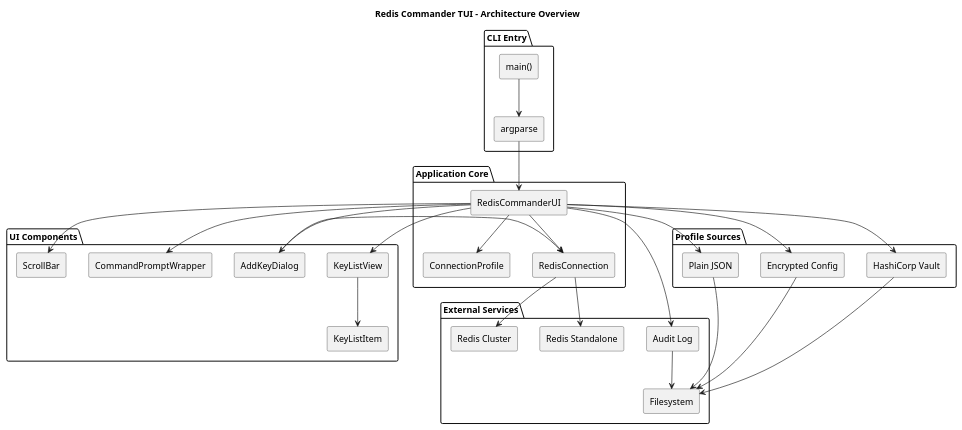
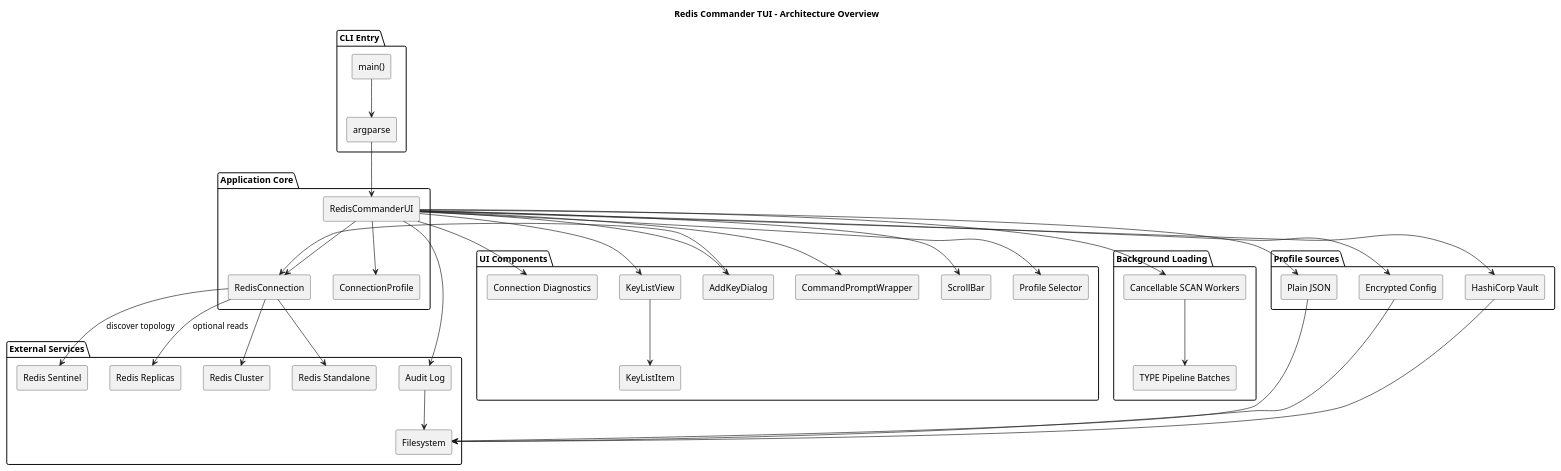
One commit to dtarasov7/redis-commander changed the diagram in diagramms/architecture-overview.puml. Above: the diagram before and after it, drawn with PlantUML. The commit also changed 33 other files, not shown here.

```diff
--- a/diagramms/architecture-overview.puml
+++ b/diagramms/architecture-overview.puml
@@ -1,65 +1,80 @@
 @startuml
 title Redis Commander TUI - Architecture Overview
 
 skinparam shadowing false
 skinparam componentStyle rectangle
 
 package "CLI Entry" {
   [main()]
   [argparse]
 }
 
 package "Application Core" {
   [RedisCommanderUI]
   [ConnectionProfile]
   [RedisConnection]
 }
 
 package "UI Components" {
+  [Profile Selector]
+  [Connection Diagnostics]
   [KeyListView]
   [KeyListItem]
   [AddKeyDialog]
   [CommandPromptWrapper]
   [ScrollBar]
+}
+
+package "Background Loading" {
+  [Cancellable SCAN Workers]
+  [TYPE Pipeline Batches]
 }
 
 package "Profile Sources" {
   [Plain JSON]
   [Encrypted Config]
   [HashiCorp Vault]
 }
 
 package "External Services" {
   [Redis Standalone]
+  [Redis Sentinel]
+  [Redis Replicas]
   [Redis Cluster]
   [Filesystem]
   [Audit Log]
 }
 
 [main()] --> [argparse]
 [argparse] --> [RedisCommanderUI]
 
 [RedisCommanderUI] --> [ConnectionProfile]
 [RedisCommanderUI] --> [RedisConnection]
+[RedisCommanderUI] --> [Profile Selector]
+[RedisCommanderUI] --> [Connection Diagnostics]
 [RedisCommanderUI] --> [KeyListView]
 [RedisCommanderUI] --> [AddKeyDialog]
 [RedisCommanderUI] --> [CommandPromptWrapper]
 [RedisCommanderUI] --> [ScrollBar]
 
 [KeyListView] --> [KeyListItem]
 [AddKeyDialog] --> [RedisConnection]
 
 [RedisCommanderUI] --> [Plain JSON]
 [RedisCommanderUI] --> [Encrypted Config]
 [RedisCommanderUI] --> [HashiCorp Vault]
 
 [Plain JSON] --> [Filesystem]
 [Encrypted Config] --> [Filesystem]
 [HashiCorp Vault] --> [Filesystem]
 
 [RedisConnection] --> [Redis Standalone]
+[RedisConnection] --> [Redis Sentinel] : discover topology
+[RedisConnection] --> [Redis Replicas] : optional reads
 [RedisConnection] --> [Redis Cluster]
+[RedisCommanderUI] --> [Cancellable SCAN Workers]
+[Cancellable SCAN Workers] --> [TYPE Pipeline Batches]
 [RedisCommanderUI] --> [Audit Log]
 [Audit Log] --> [Filesystem]
 
 @enduml
```
